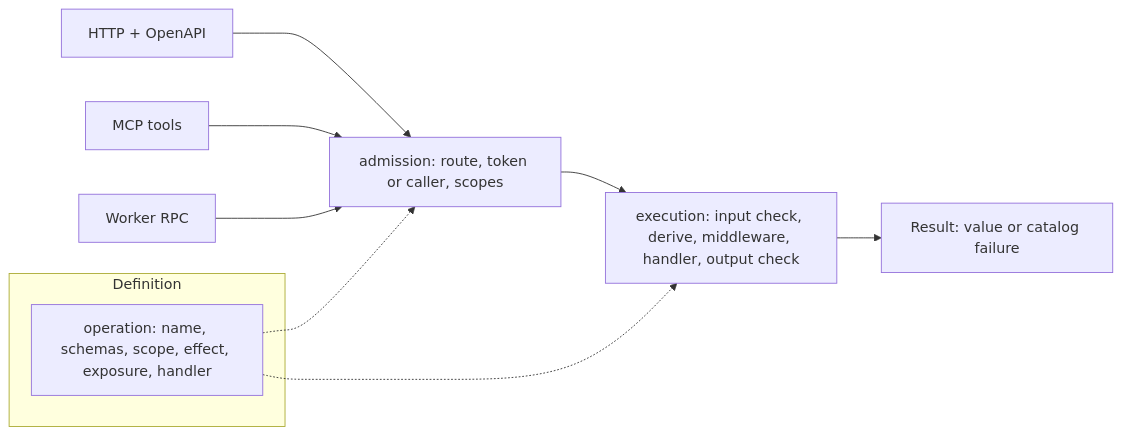
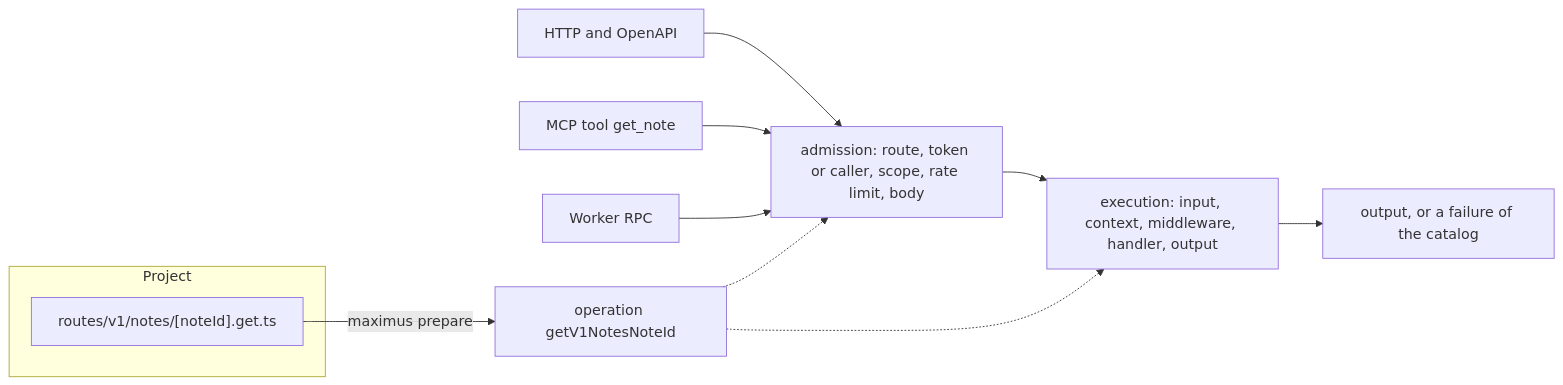
The diagram in docs/concepts.md (getarbol/maximus), drawn with Mermaid before and after one commit. The commit also changed other lines of this file and 3 other files, not shown here.

````diff
--- a/docs/concepts.md
+++ b/docs/concepts.md
@@ -9,13 +9,14 @@
 ```mermaid
 flowchart LR
-  subgraph Definition
-    Op["operation: name, schemas, scope, effect, exposure, handler"]
+  subgraph Project
+    Route["routes/v1/notes/[noteId].get.ts"]
   end
-  HTTP["HTTP + OpenAPI"] --> Admit
-  MCP["MCP tools"] --> Admit
+  Route -- "maximus prepare" --> Op["operation getV1NotesNoteId"]
+  HTTP["HTTP and OpenAPI"] --> Admit
+  MCP["MCP tool get_note"] --> Admit
   RPC["Worker RPC"] --> Admit
-  Admit["admission: route, token or caller, scopes"] --> Exec["execution: input check, derive, middleware, handler, output check"]
+  Admit["admission: route, token or caller, scope, rate limit, body"] --> Exec["execution: input, context, middleware, handler, output"]
   Op -.-> Admit
   Op -.-> Exec
-  Exec --> Result["Result: value or catalog failure"]
+  Exec --> Answer["output, or a failure of the catalog"]
 ```
````
